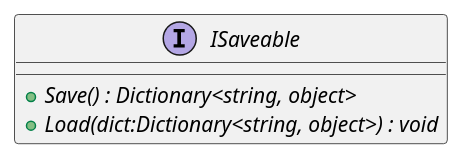
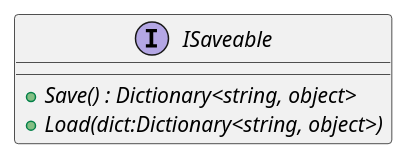
One commit to Leximon-SWE-2025/Leximon changed the diagram in PlantUML/scripts/ISaveable.puml. Above: the diagram before and after it, drawn with PlantUML. The commit also changed 16 other files, not shown here.

```diff
--- a/PlantUML/scripts/ISaveable.puml
+++ b/PlantUML/scripts/ISaveable.puml
@@ -1,6 +1,6 @@
 @startuml ISaveable
 interface ISaveable {
     + {abstract} Save() : Dictionary<string, object>
-    + {abstract} Load(dict:Dictionary<string, object>) : void
+    + {abstract} Load(dict:Dictionary<string, object>) 
 }
 @enduml
```
